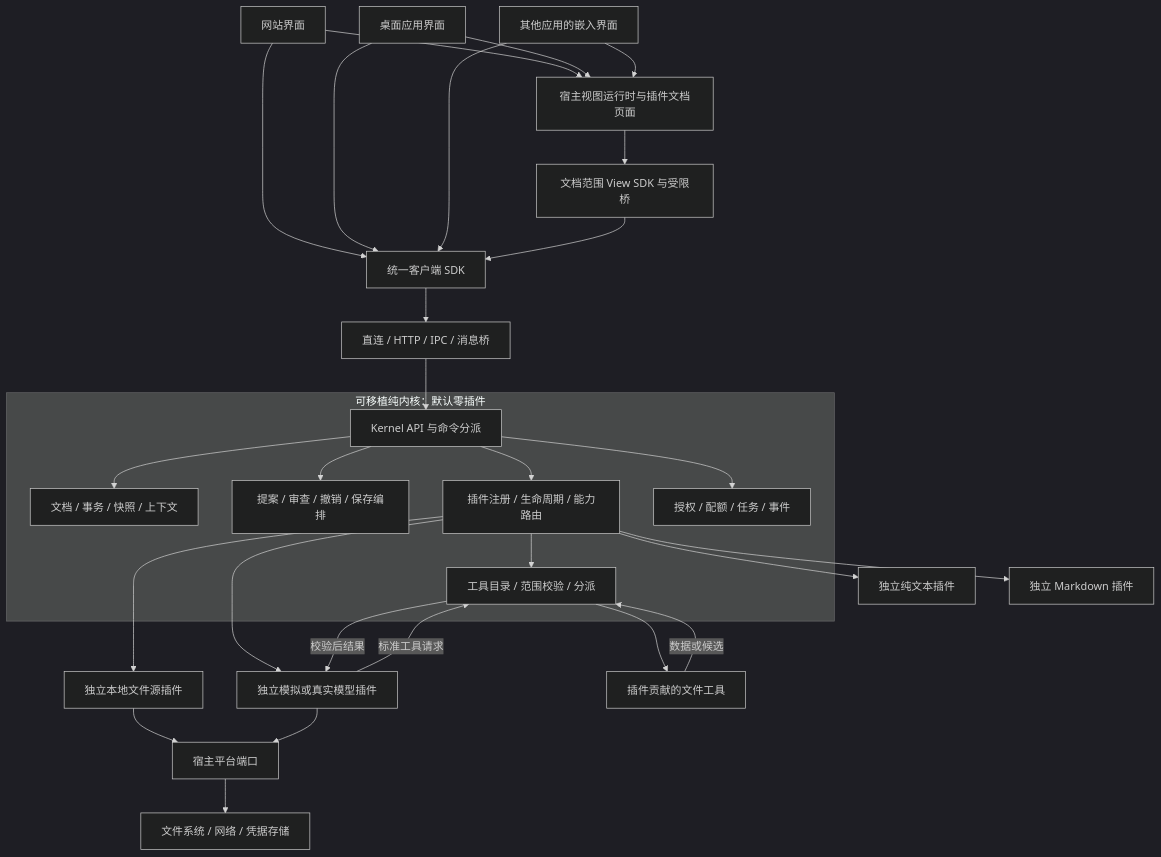
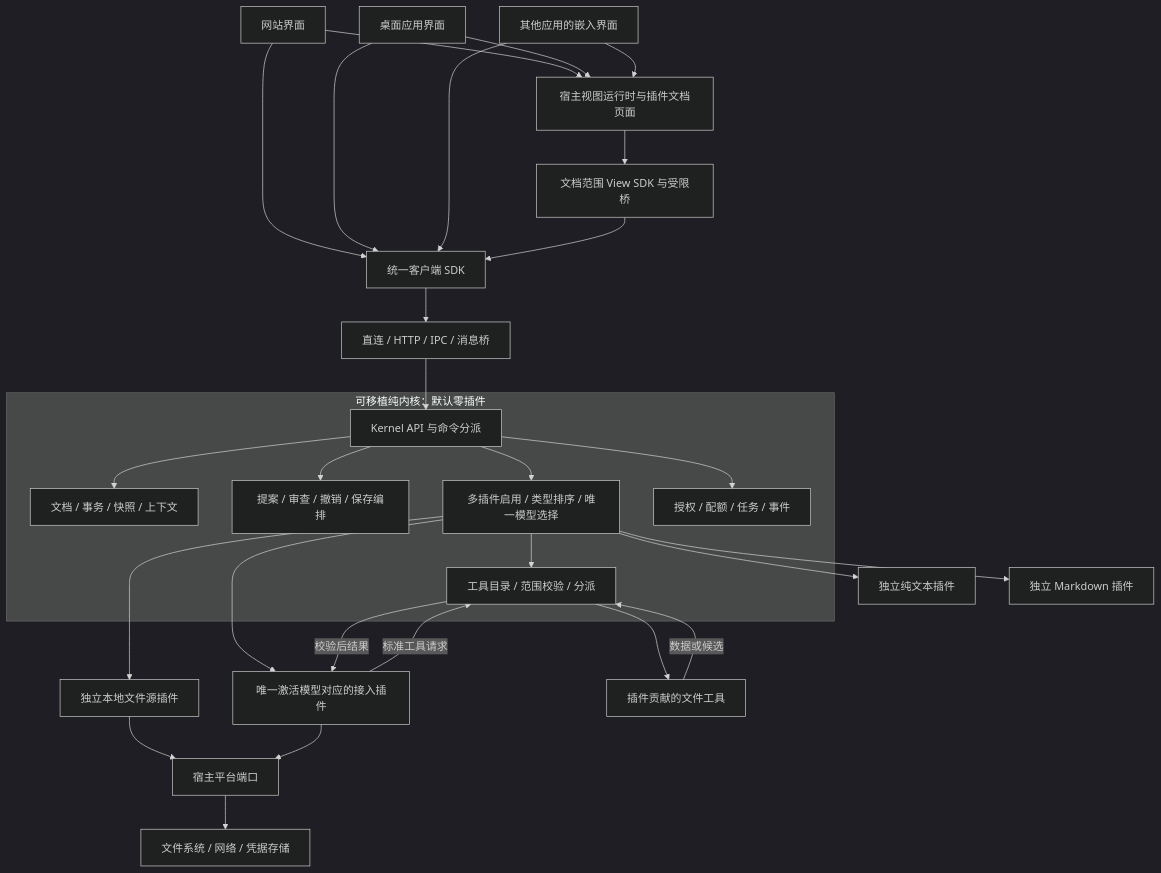
Before and after one commit to OttoBlues/editor: the diagram in docs/architecture/README.md, drawn with Mermaid (dark theme). The commit also changed other lines of this file and 7 other files, not shown here.

````diff
--- a/docs/architecture/README.md
+++ b/docs/architecture/README.md
@@ -19,31 +27,31 @@
 ```mermaid
 flowchart TB
   Web[网站界面] --> SDK[统一客户端 SDK]
   Desktop[桌面应用界面] --> SDK
   Embedded[其他应用的嵌入界面] --> SDK
   Web --> Views[宿主视图运行时与插件文档页面]
   Desktop --> Views
   Embedded --> Views
   Views --> ViewSDK[文档范围 View SDK 与受限桥]
   ViewSDK --> SDK
   SDK --> Bridge[直连 / HTTP / IPC / 消息桥]
   Bridge --> API[Kernel API 与命令分派]
   subgraph Kernel[可移植纯内核：默认零插件]
     API --> State[文档 / 事务 / 快照 / 上下文]
     API --> Review[提案 / 审查 / 撤销 / 保存编排]
-    API --> Runtime[插件注册 / 生命周期 / 能力路由]
+    API --> Runtime[多插件启用 / 类型排序 / 唯一模型选择]
     API --> Policy[授权 / 配额 / 任务 / 事件]
     Runtime --> Tools[工具目录 / 范围校验 / 分派]
   end
   Runtime --> Text[独立纯文本插件]
   Runtime --> Markdown[独立 Markdown 插件]
   Runtime --> Source[独立本地文件源插件]
-  Runtime --> Model[独立模拟或真实模型插件]
+  Runtime --> Model[唯一激活模型对应的接入插件]
   Model -->|标准工具请求| Tools
   Tools --> FileTools[插件贡献的文件工具]
   FileTools -->|数据或候选| Tools
   Tools -->|校验后结果| Model
   Source --> Ports[宿主平台端口]
   Model --> Ports
   Ports --> OS[文件系统 / 网络 / 凭据存储]
 ```
````
